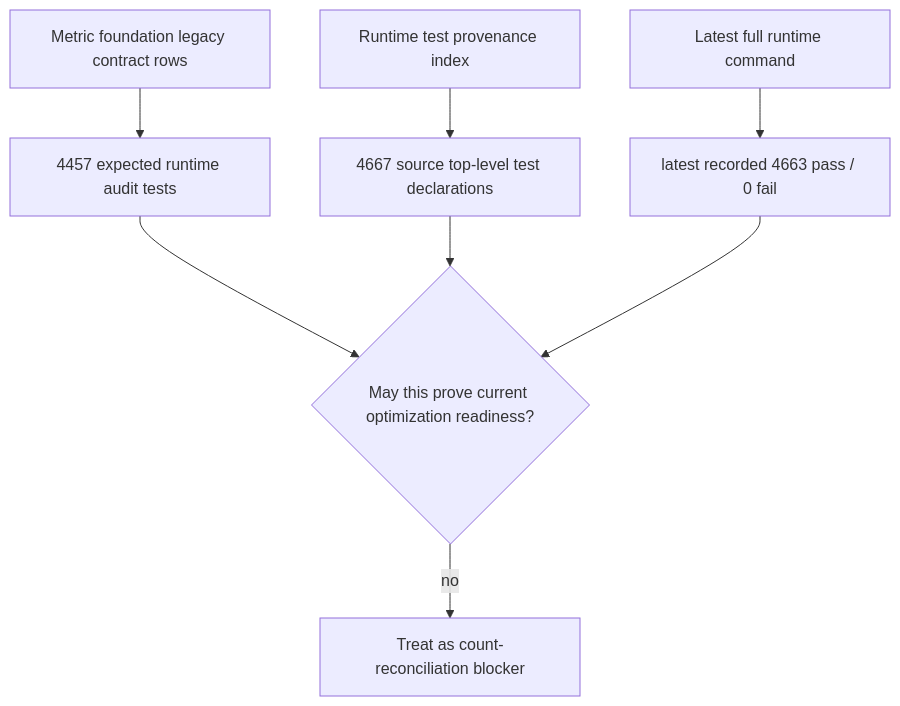
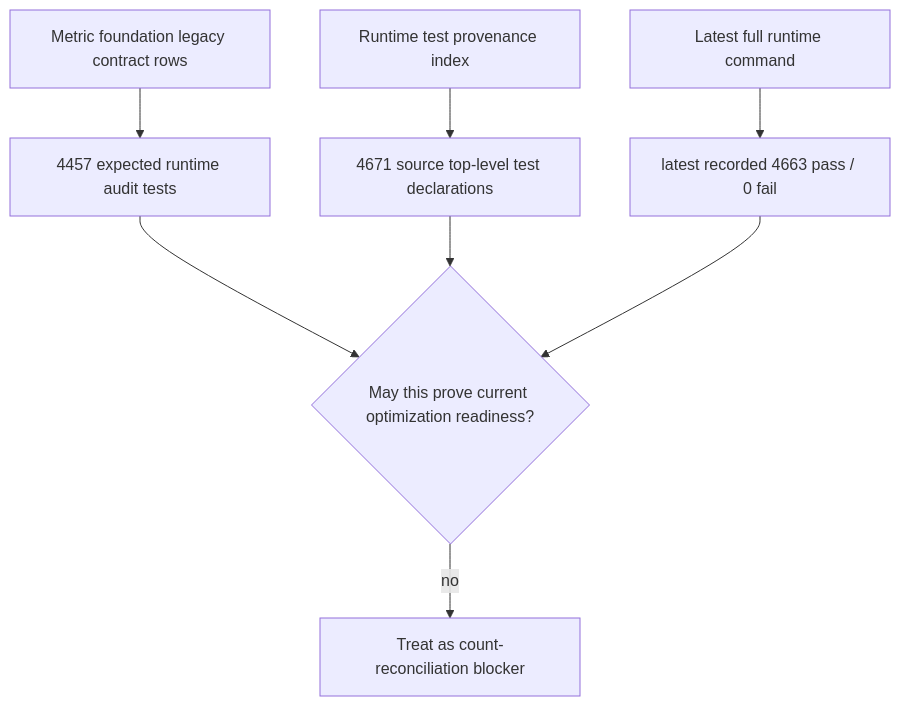
The diagram in docs/audit/FILTERTUBE_FIRST_OPTIMIZATION_METRIC_FOUNDATION_CONTRACT_COVERAGE_GATE_CURRENT_BEHAVIOR_2026-05-24.md (varshneydevansh/FilterTube), drawn with Mermaid before and after one commit. The commit also changed other lines of this file and 634 other files, not shown here.

````diff
--- a/docs/audit/FILTERTUBE_FIRST_OPTIMIZATION_METRIC_FOUNDATION_CONTRACT_COVERAGE_GATE_CURRENT_BEHAVIOR_2026-05-24.md
+++ b/docs/audit/FILTERTUBE_FIRST_OPTIMIZATION_METRIC_FOUNDATION_CONTRACT_COVERAGE_GATE_CURRENT_BEHAVIOR_2026-05-24.md
@@ -180,10 +180,10 @@
 ```mermaid
 flowchart TD
   A["Metric foundation legacy contract rows"] --> B["4457 expected runtime audit tests"]
-  C["Runtime test provenance index"] --> D["4667 source top-level test declarations"]
+  C["Runtime test provenance index"] --> D["4671 source top-level test declarations"]
   E["Latest full runtime command"] --> F["latest recorded 4663 pass / 0 fail"]
   B --> G{"May this prove current optimization readiness?"}
   D --> G
   F --> G
   G -->|"no"| H["Treat as count-reconciliation blocker"]
 ```
````
